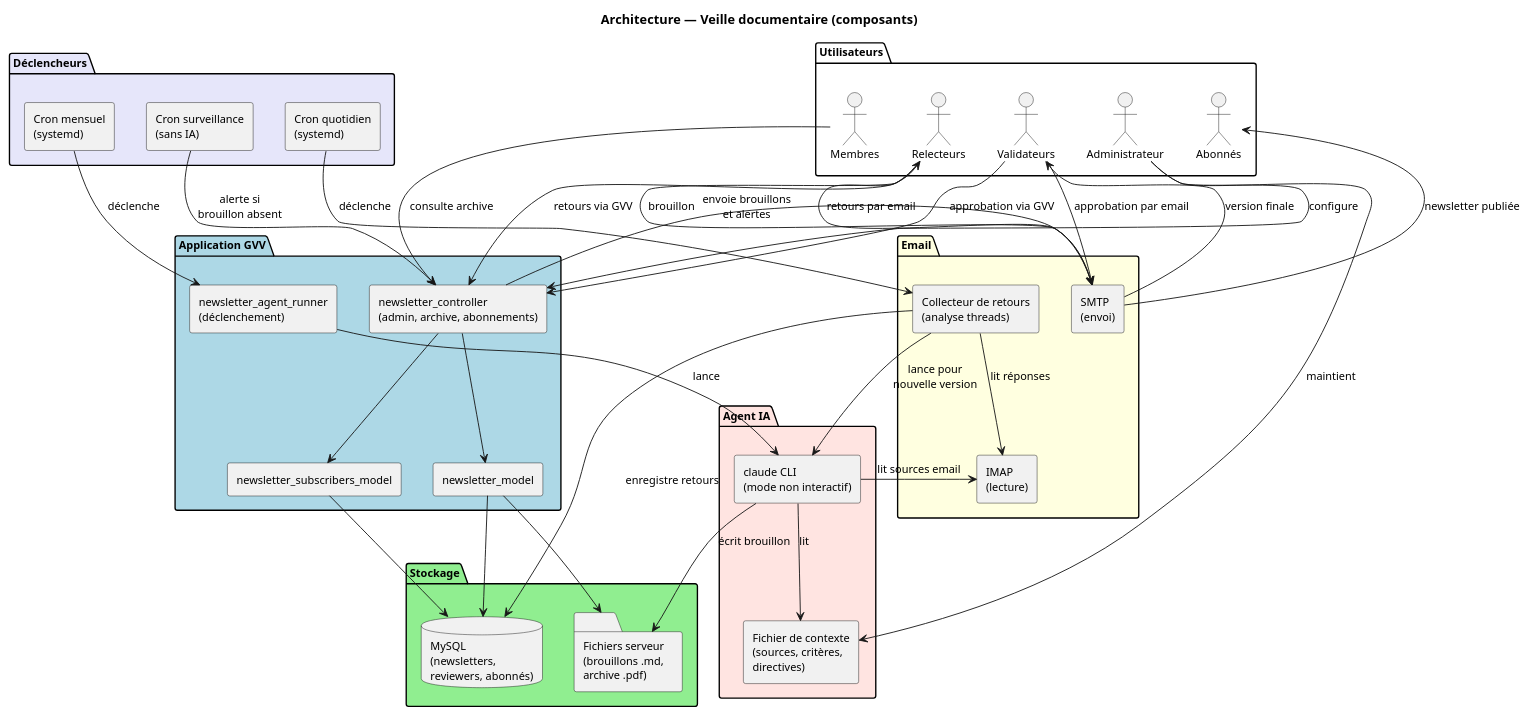
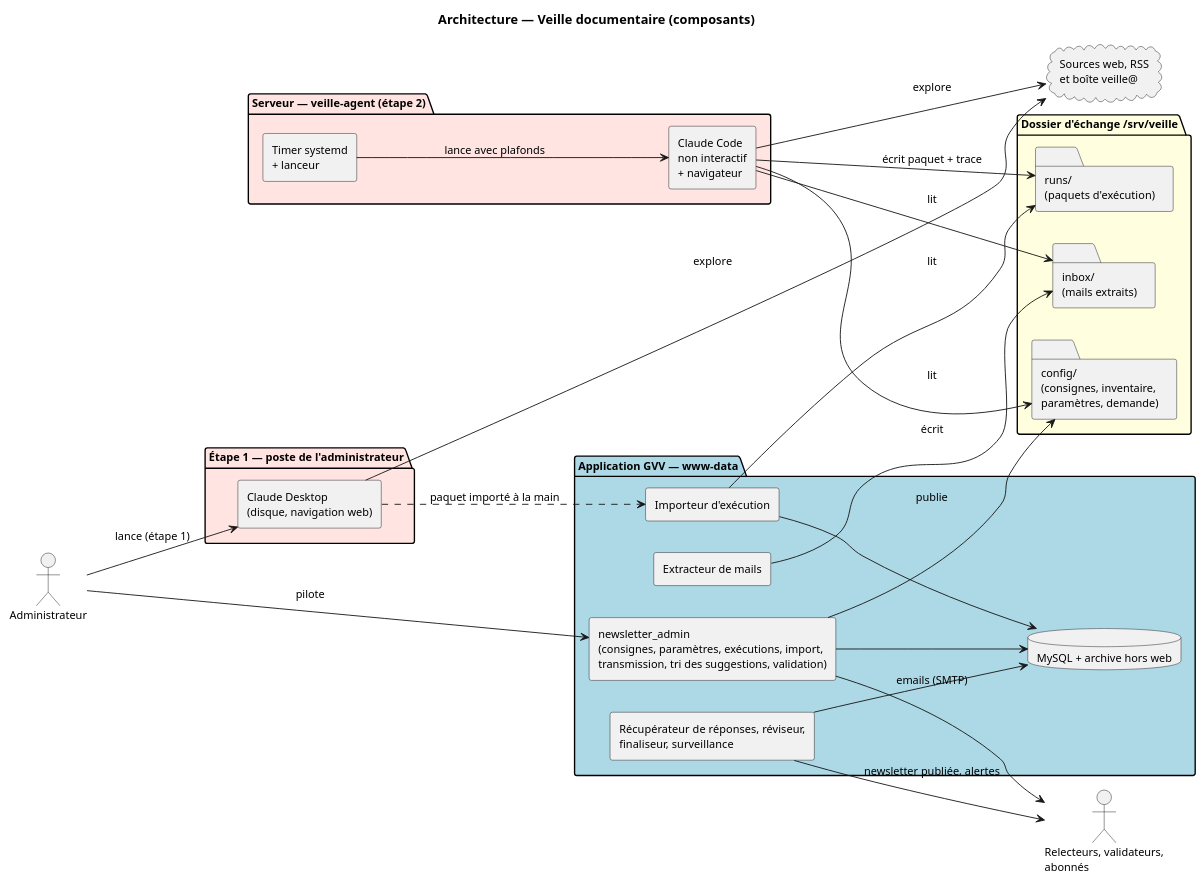
Before and after one commit to flub78/gvv: the diagram in doc/design_notes/diagrams/veille_composants.puml, drawn with PlantUML. The commit also changed 11 other files, not shown here.

First line of the commit message:
Veille : agent sur le serveur piloté par GVV, cycle de relecture admin

```diff
--- a/doc/design_notes/diagrams/veille_composants.puml
+++ b/doc/design_notes/diagrams/veille_composants.puml
@@ -1,77 +1,57 @@
 @startuml veille_composants
 skinparam componentStyle rectangle
 skinparam backgroundColor white
 skinparam defaultFontSize 12
+left to right direction
 
 title Architecture — Veille documentaire (composants)
 
-package "Déclencheurs" #lavender {
-  component [Cron mensuel\n(systemd)] as CRON_MONTHLY
-  component [Cron quotidien\n(systemd)] as CRON_DAILY
-  component [Cron surveillance\n(sans IA)] as CRON_WATCH
+actor "Administrateur" as ADMIN
+
+package "Étape 1 — poste de l'administrateur" #mistyrose {
+  component [Claude Desktop\n(disque, navigation web)] as DESKTOP
 }
 
-package "Agent IA" #mistyrose {
-  component [claude CLI\n(mode non interactif)] as AGENT
-  file [Fichier de contexte\n(sources, critères,\ndirectives)] as CTX
+package "Application GVV — www-data" #lightblue {
+  component [newsletter_admin\n(consignes, paramètres, exécutions, import,\ntransmission, tri des suggestions, validation)] as CTRL
+  component [Extracteur de mails] as EXTRACTOR
+  component [Importeur d'exécution] as IMPORTER
+  component [Récupérateur de réponses, réviseur,\nfinaliseur, surveillance] as JOBS
+  database "MySQL + archive hors web" as STORE
 }
 
-package "Email" #lightyellow {
-  component [SMTP\n(envoi)] as SMTP
-  component [IMAP\n(lecture)] as IMAP
-  component [Collecteur de retours\n(analyse threads)] as COLLECTOR
+package "Dossier d'échange /srv/veille" #lightyellow {
+  folder "config/\n(consignes, inventaire,\nparamètres, demande)" as XCONF
+  folder "inbox/\n(mails extraits)" as XINBOX
+  folder "runs/\n(paquets d'exécution)" as XRUNS
 }
 
-package "Application GVV" #lightblue {
-  component [newsletter_controller\n(admin, archive, abonnements)] as CTRL
-  component [newsletter_model] as MODEL
-  component [newsletter_subscribers_model] as SUBS
-  component [newsletter_agent_runner\n(déclenchement)] as RUNNER
+package "Serveur — veille-agent (étape 2)" #mistyrose {
+  component [Timer systemd\n+ lanceur] as LAUNCHER
+  component [Claude Code\nnon interactif\n+ navigateur] as AGENT
 }
 
-package "Stockage" #lightgreen {
-  database "MySQL\n(newsletters,\nreviewers, abonnés)" as DB
-  folder "Fichiers serveur\n(brouillons .md,\narchive .pdf)" as FS
-}
+cloud "Sources web, RSS\net boîte veille@" as SOURCES
+actor "Relecteurs, validateurs,\nabonnés" as PEOPLE
 
-package "Utilisateurs" #white {
-  actor "Relecteurs" as REVIEWERS
-  actor "Validateurs" as VALIDATORS
-  actor "Membres" as MEMBERS
-  actor "Abonnés" as SUBSCRIBERS
-  actor "Administrateur" as ADMIN
-}
+ADMIN --> CTRL : pilote
+ADMIN --> DESKTOP : lance (étape 1)
+DESKTOP --> SOURCES : explore
+DESKTOP ..> IMPORTER : paquet importé à la main
 
-CRON_MONTHLY --> RUNNER : déclenche
-CRON_DAILY --> COLLECTOR : déclenche
-CRON_WATCH --> CTRL : alerte si\nbrouillon absent
+CTRL --> XCONF : publie
+EXTRACTOR --> XINBOX : écrit
+LAUNCHER --> AGENT : lance avec plafonds
+AGENT --> XCONF : lit
+AGENT --> XINBOX : lit
+AGENT --> SOURCES : explore
+AGENT --> XRUNS : écrit paquet + trace
+IMPORTER --> XRUNS : lit
 
-RUNNER --> AGENT : lance
-AGENT --> CTX : lit
-AGENT --> IMAP : lit sources email
-AGENT --> FS : écrit brouillon
-
-COLLECTOR --> IMAP : lit réponses
-COLLECTOR --> AGENT : lance pour\nnouvelle version
-COLLECTOR --> DB : enregistre retours
-
-CTRL --> MODEL
-CTRL --> SUBS
-CTRL --> SMTP : envoie brouillons\net alertes
-MODEL --> DB
-MODEL --> FS
-SUBS --> DB
-
-SMTP --> REVIEWERS : brouillon
-SMTP --> VALIDATORS : version finale
-SMTP --> SUBSCRIBERS : newsletter publiée
-
-REVIEWERS --> SMTP : retours par email
-REVIEWERS --> CTRL : retours via GVV
-VALIDATORS --> SMTP : approbation par email
-VALIDATORS --> CTRL : approbation via GVV
-MEMBERS --> CTRL : consulte archive
-ADMIN --> CTRL : configure
-ADMIN --> CTX : maintient
+IMPORTER --> STORE
+CTRL --> STORE
+JOBS --> STORE
+CTRL --> PEOPLE : emails (SMTP)
+JOBS --> PEOPLE : newsletter publiée, alertes
 
 @enduml
```
